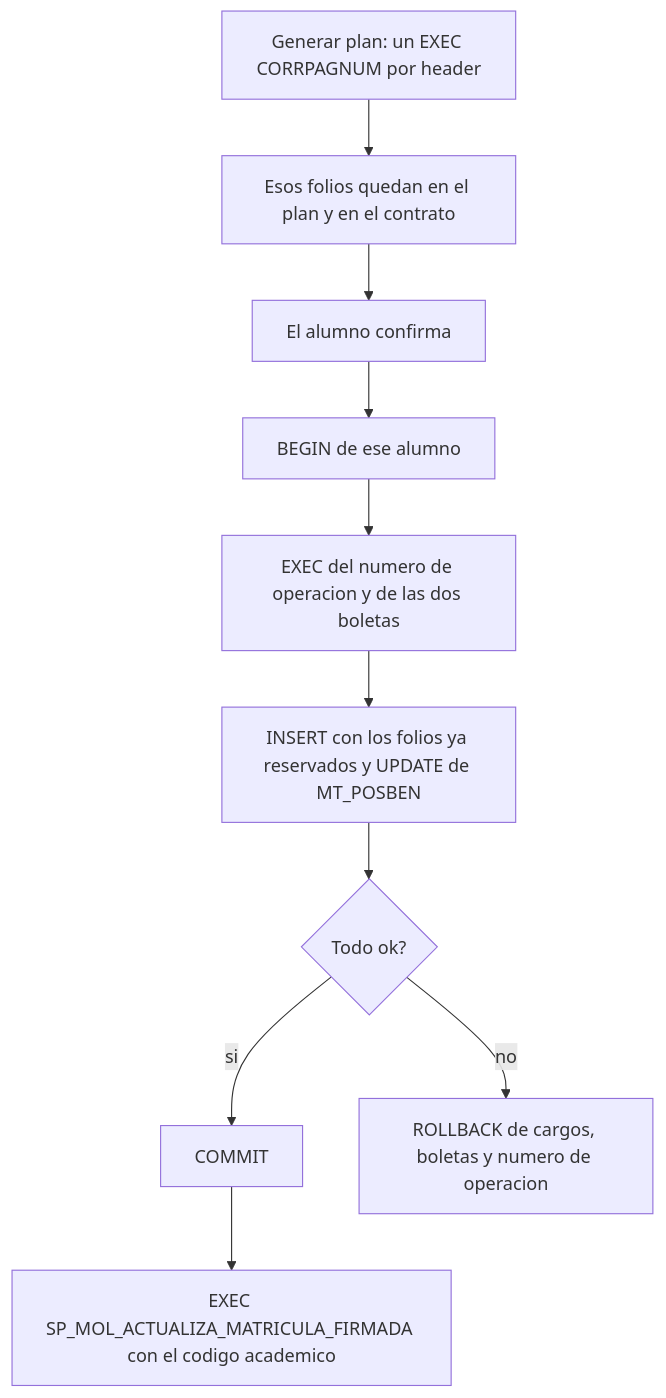
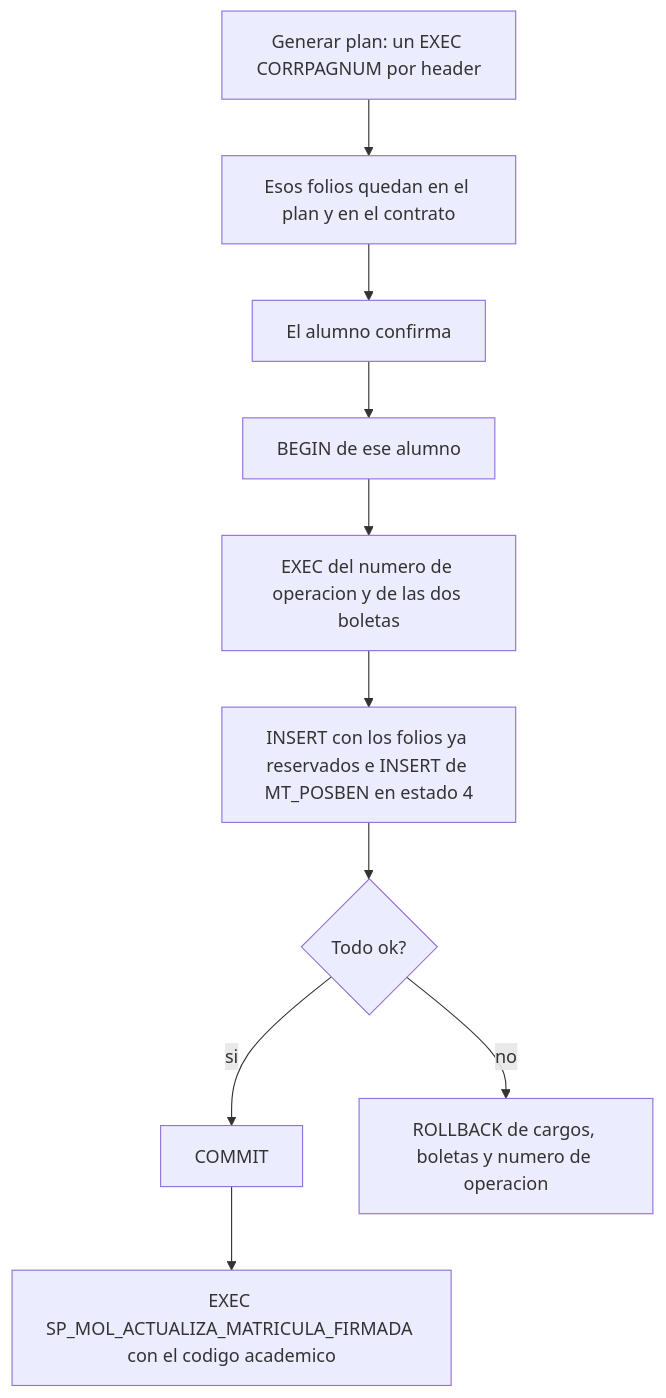
One commit to jpuniacc/mol-docker changed the diagram in docs/SP a U+/grabacion-erp-sp-plan-pagos.md. Above: the diagram before and after it, drawn with Mermaid. The commit also changed other lines of this file and 7 other files, not shown here.

First line of the commit message:
feat(rematricula): insertar los beneficios en MT_POSBEN al grabar el plan

````diff
--- a/docs/SP a U+/grabacion-erp-sp-plan-pagos.md
+++ b/docs/SP a U+/grabacion-erp-sp-plan-pagos.md
@@ -36,12 +36,12 @@
 ```mermaid
 flowchart TD
   generar["Generar plan: un EXEC CORRPAGNUM por header"] --> guarda["Esos folios quedan en el plan y en el contrato"]
   guarda --> confirma["El alumno confirma"]
   confirma --> tx["BEGIN de ese alumno"]
   tx --> nums["EXEC del numero de operacion y de las dos boletas"]
-  nums --> filas["INSERT con los folios ya reservados y UPDATE de MT_POSBEN"]
+  nums --> filas["INSERT con los folios ya reservados e INSERT de MT_POSBEN en estado 4"]
   filas --> ok{"Todo ok?"}
   ok -->|si| commit["COMMIT"]
   ok -->|no| rollback["ROLLBACK de cargos, boletas y numero de operacion"]
   commit --> ficha["EXEC SP_MOL_ACTUALIZA_MATRICULA_FIRMADA con el codigo academico"]
 ```
````
